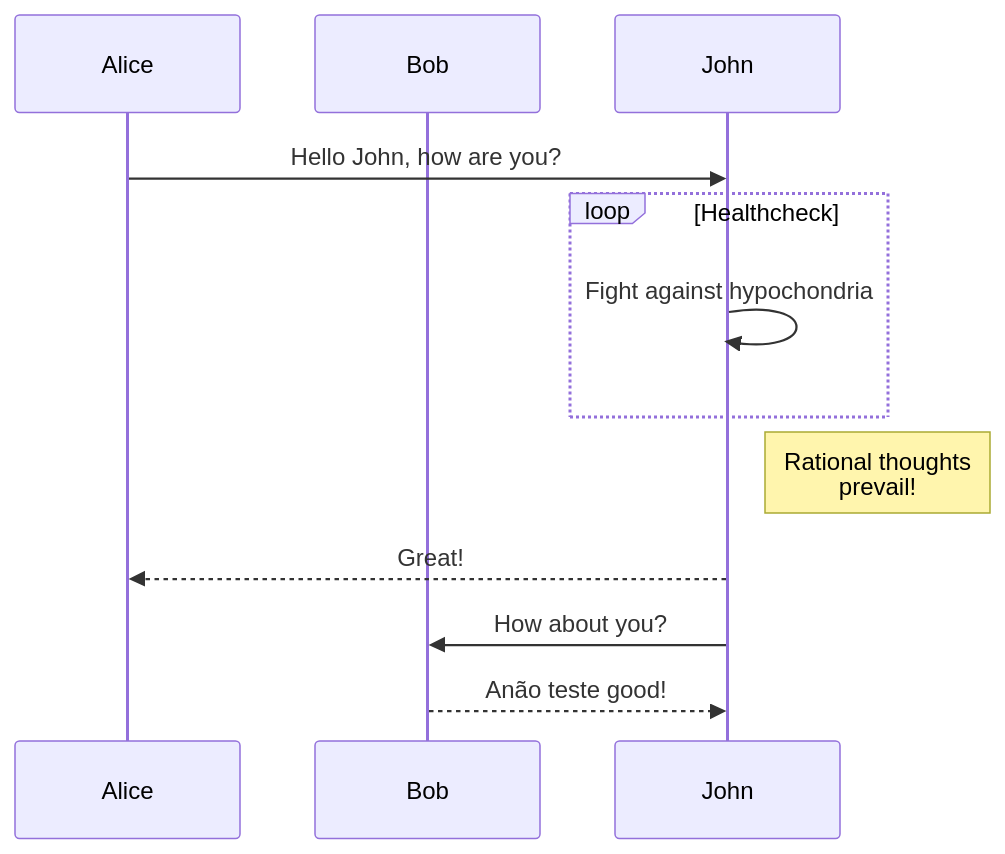
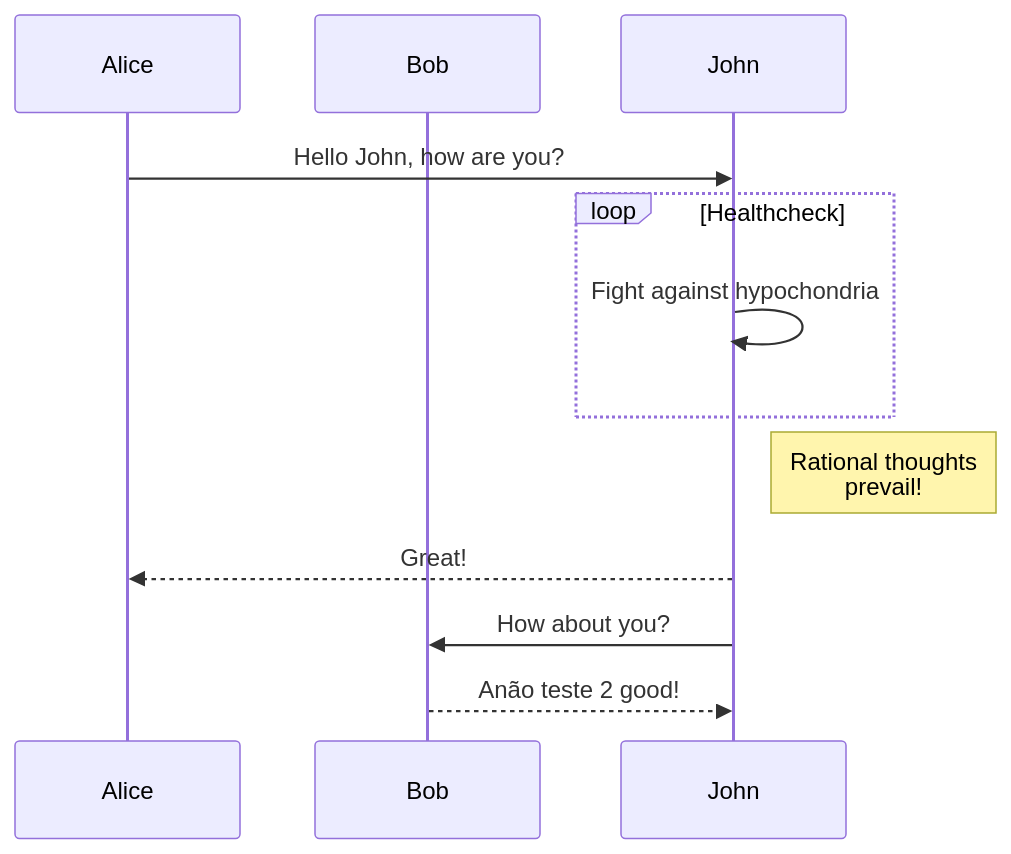
The diagram in diagrams/some-service/some-service.md (SalehKhalilMP/mermaid-test), drawn with Mermaid before and after one commit. The commit also changed 1 other file, not shown here.

Commit message:
change some-service

````diff
--- a/diagrams/some-service/some-service.md
+++ b/diagrams/some-service/some-service.md
@@ -1,13 +1,13 @@
 ```mermaid
 sequenceDiagram
     participant Alice
     participant Bob
     Alice->>John: Hello John, how are you?
     loop Healthcheck
         John->>John: Fight against hypochondria
     end
     Note right of John: Rational thoughts <br/>prevail!
     John-->>Alice: Great!
     John->>Bob: How about you?
-    Bob-->>John: Anão teste good!
+    Bob-->>John: Anão teste 2 good!
 ```
````
